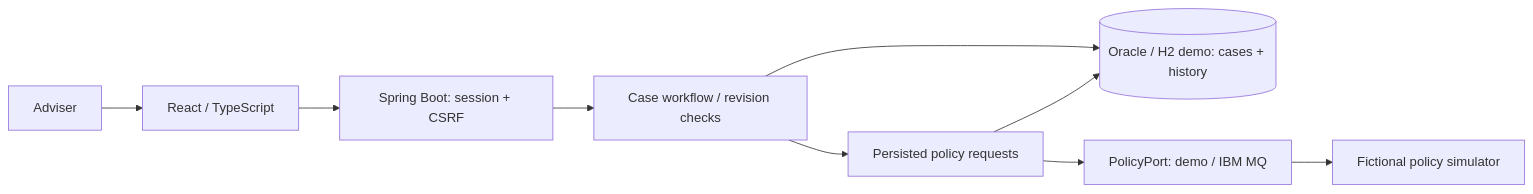
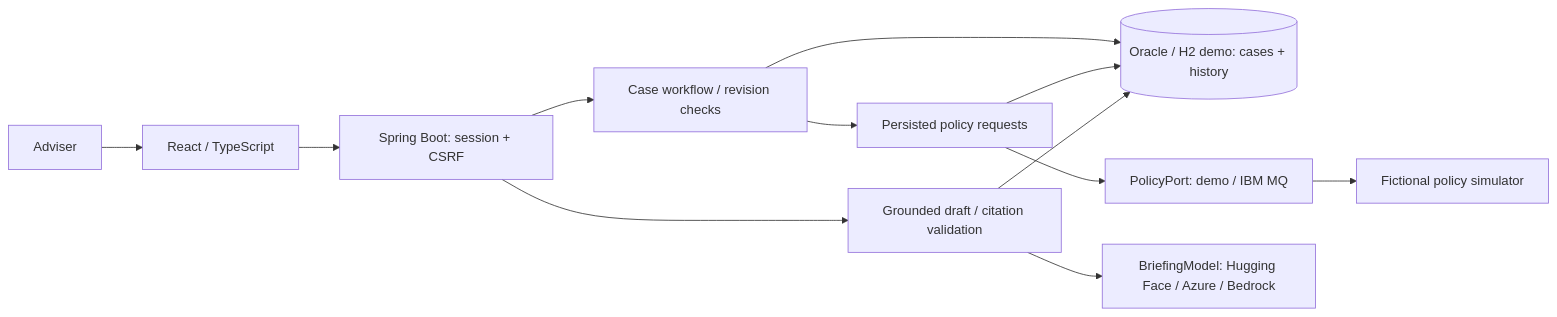
Before and after one commit to ChuDucAnh242002/Life-Pension-workspace: the diagram in README.md, drawn with Mermaid. The commit also changed other lines of this file, not shown here.

Commit message:
docs: explain grounded drafts and three cloud provider setups

````diff
--- a/README.md
+++ b/README.md
@@ -88,11 +88,14 @@
 ```mermaid
 flowchart LR
     Adviser --> UI["React / TypeScript"]
     UI --> API["Spring Boot: session + CSRF"]
     API --> Cases["Case workflow / revision checks"]
     Cases --> DB[("Oracle / H2 demo: cases + history")]
     Cases --> Policy["Persisted policy requests"]
     Policy --> Port["PolicyPort: demo / IBM MQ"]
     Port --> Simulator["Fictional policy simulator"]
     Policy --> DB
+    API --> Briefing["Grounded draft / citation validation"]
+    Briefing --> Model["BriefingModel: Hugging Face / Azure / Bedrock"]
+    Briefing --> DB
 ```
````
